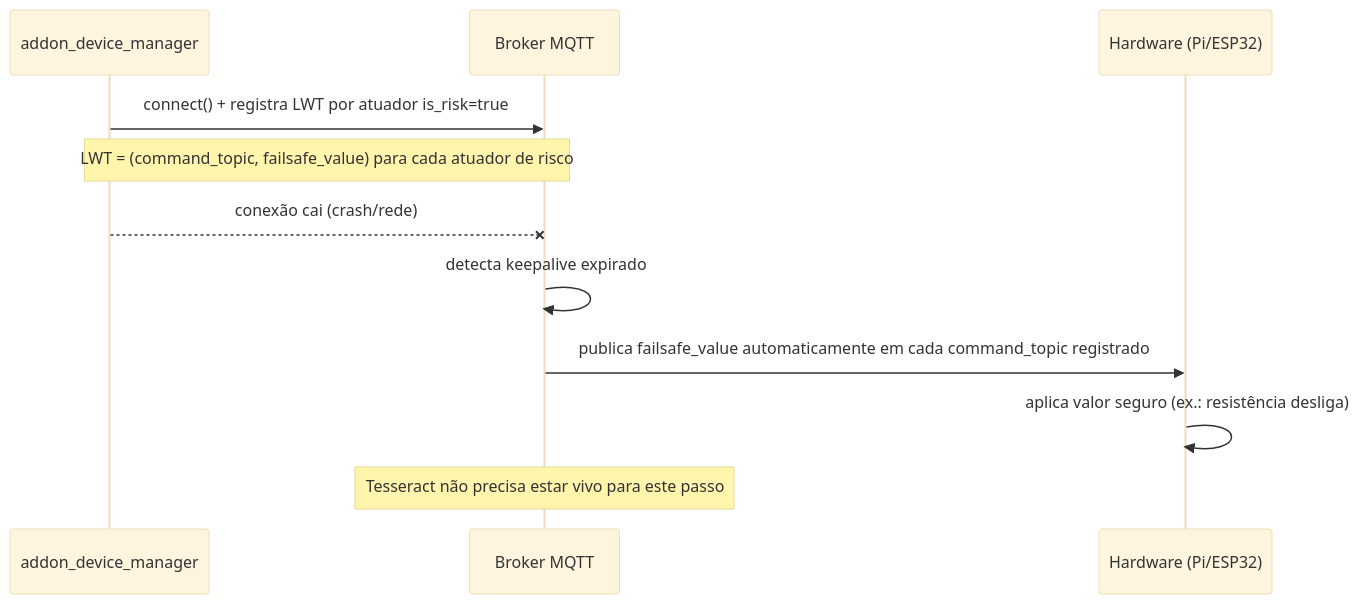
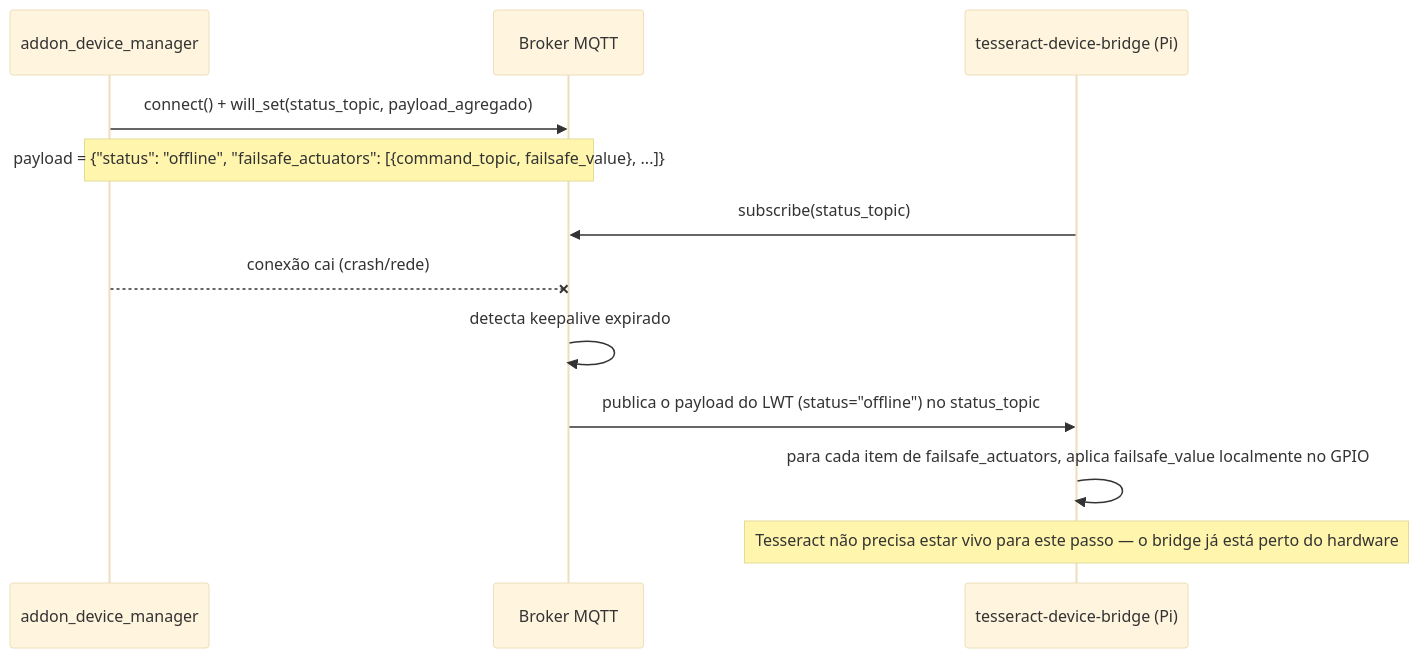
Before and after one commit to ChristopherNicolasSMM/Tesseract: the third of 3 diagrams in docs/skills/05-proposta-addon-device-manager-e-mqtt.md, drawn with Mermaid (base theme). The commit also changed other lines of this file and 6 other files, not shown here.

````diff
--- a/docs/skills/05-proposta-addon-device-manager-e-mqtt.md
+++ b/docs/skills/05-proposta-addon-device-manager-e-mqtt.md
@@ -353,14 +365,15 @@
 ```mermaid
 sequenceDiagram
     participant Tess as addon_device_manager
     participant Broker as Broker MQTT
-    participant HW as Hardware (Pi/ESP32)
+    participant Bridge as tesseract-device-bridge (Pi)
 
-    Tess->>Broker: connect() + registra LWT por atuador is_risk=true
-    Note over Tess,Broker: LWT = (command_topic, failsafe_value) para cada atuador de risco
+    Tess->>Broker: connect() + will_set(status_topic, payload_agregado)
+    Note over Tess,Broker: payload = {"status": "offline", "failsafe_actuators": [{command_topic, failsafe_value}, ...]}
+    Bridge->>Broker: subscribe(status_topic)
     Tess--xBroker: conexão cai (crash/rede)
     Broker->>Broker: detecta keepalive expirado
-    Broker->>HW: publica failsafe_value automaticamente em cada command_topic registrado
-    HW->>HW: aplica valor seguro (ex.: resistência desliga)
-    Note over Broker: Tesseract não precisa estar vivo para este passo
+    Broker->>Bridge: publica o payload do LWT (status="offline") no status_topic
+    Bridge->>Bridge: para cada item de failsafe_actuators, aplica failsafe_value localmente no GPIO
+    Note over Bridge: Tesseract não precisa estar vivo para este passo — o bridge já está perto do hardware
 ```
````
